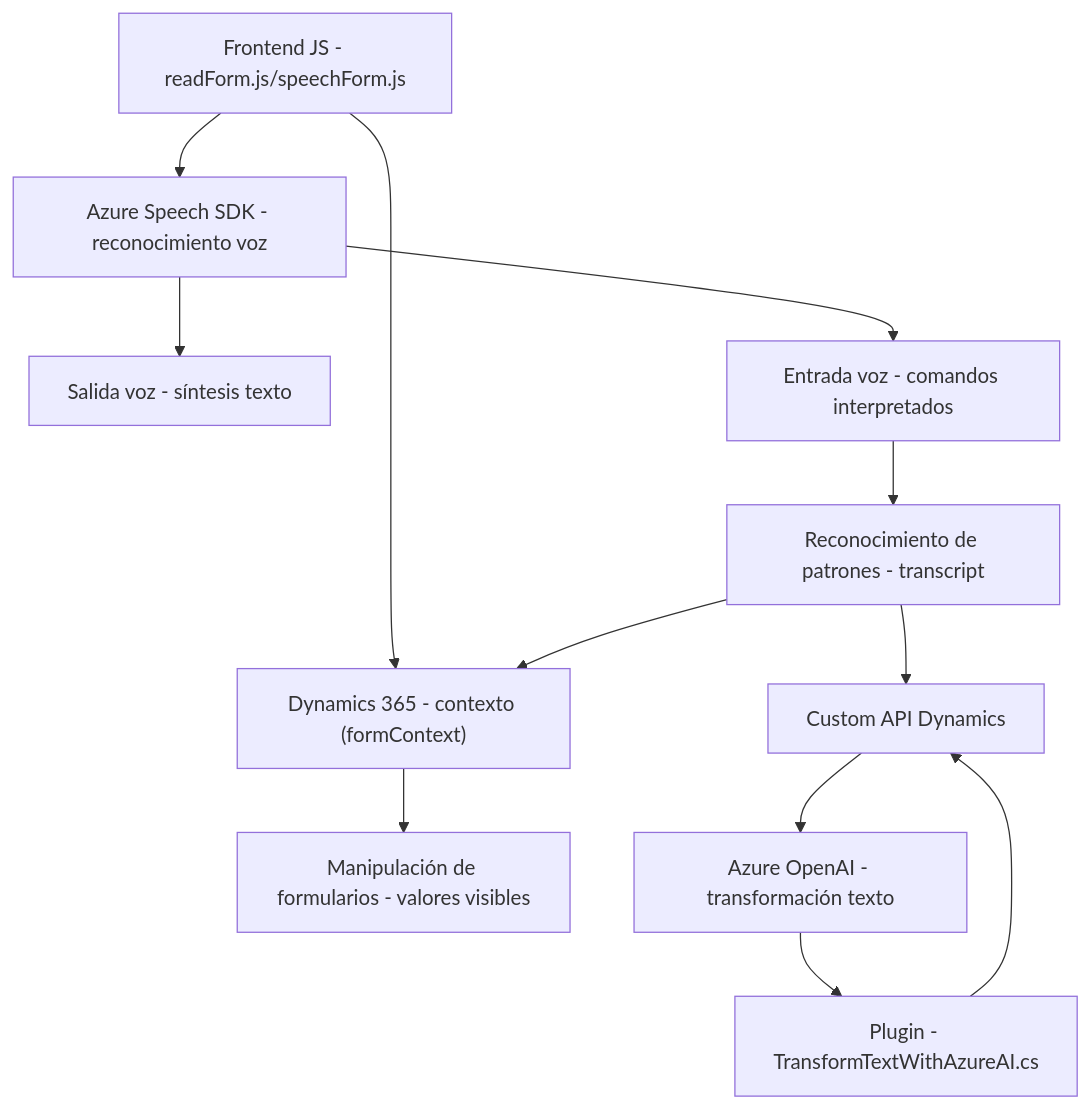
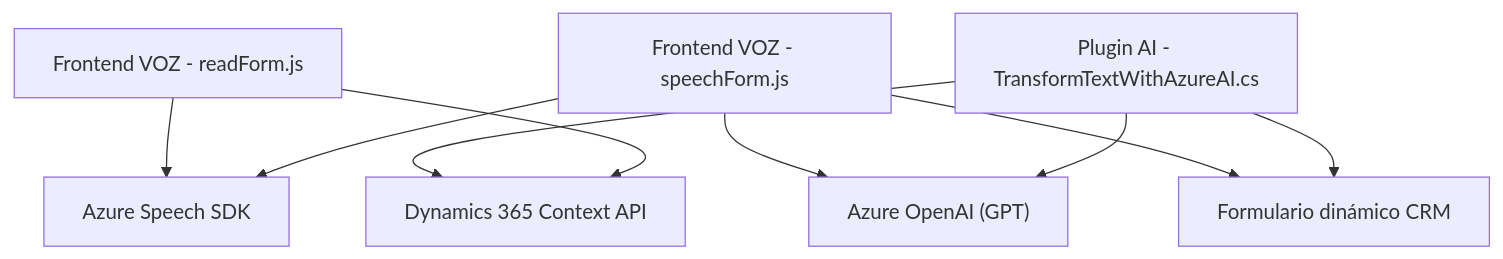
One commit to blopezdm/NETCORE_BILBAO2025 changed the diagram in README.md. Above: the diagram before and after it, drawn with Mermaid. The commit also changed other lines of this file, not shown here.

````diff
--- a/README.md
+++ b/README.md
@@ -39,14 +20,19 @@
 ```mermaid
 graph TD
-    A["Frontend JS - readForm.js/speechForm.js"] --> B["Azure Speech SDK - reconocimiento voz"]
-    A --> C["Dynamics 365 - contexto (formContext)"]
-    C --> D["Manipulación de formularios - valores visibles"]
-    B --> E["Salida voz - síntesis texto"]
-    B --> F["Entrada voz - comandos interpretados"]
-    F --> G["Reconocimiento de patrones - transcript"]
-    G --> C
-    G --> H["Custom API Dynamics"]
-    H --> I["Azure OpenAI - transformación texto"]
-    I --> J["Plugin - TransformTextWithAzureAI.cs"]
-    J --> H
+  A["Frontend VOZ - readForm.js"]
+  B["Frontend VOZ - speechForm.js"]
+  C["Plugin AI - TransformTextWithAzureAI.cs"]
+  D["Azure Speech SDK"]
+  E["Azure OpenAI (GPT)"]
+  F["Dynamics 365 Context API"]
+  G["Formulario dinámico CRM"]
+
+  A --> D
+  B --> D
+  B --> E
+  C --> E
+  C --> F
+  A --> F
+  B --> G
+  C --> G
 ```
````
